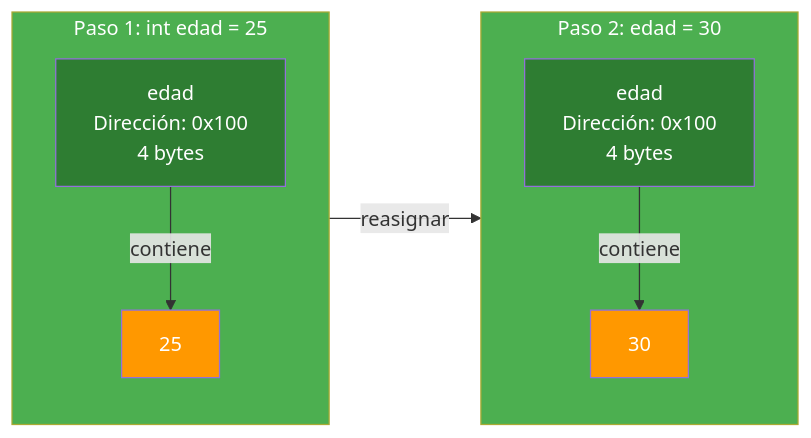
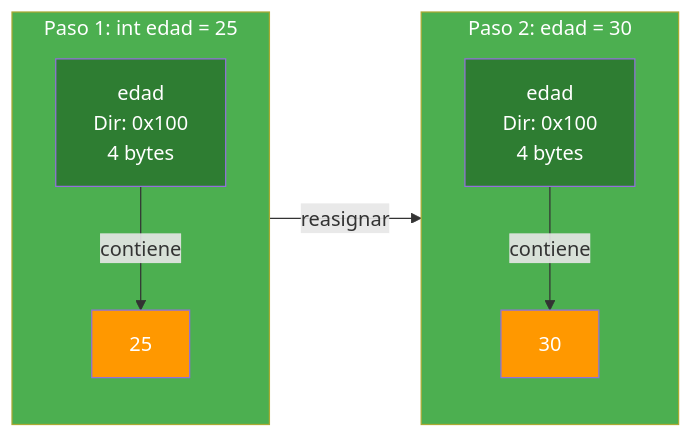
One commit to joseluisgs/Programacion-01-2026-2027 changed the fifth of 7 diagrams in 05-tipos-datos.md. Above: the diagram before and after it, drawn with Mermaid. The commit also changed other lines of this file, not shown here.

Commit message:
feat: añade diagrama conjunto Stack+Heap con ambos ejemplos (edad int + nombre string) y explicación detallada

````diff
--- a/05-tipos-datos.md
+++ b/05-tipos-datos.md
@@ -327,16 +387,16 @@
 ```mermaid
 graph LR
     subgraph STACK_1 ["Paso 1: int edad = 25"]
-        A1["edad<br/>Dirección: 0x100<br/>4 bytes"] -->|"contiene"| V1["25"]
+        A1["edad<br/>Dir: 0x100<br/>4 bytes"] -->|"contiene"| V1["25"]
     end
     subgraph STACK_2 ["Paso 2: edad = 30"]
-        A2["edad<br/>Dirección: 0x100<br/>4 bytes"] -->|"contiene"| V2["30"]
+        A2["edad<br/>Dir: 0x100<br/>4 bytes"] -->|"contiene"| V2["30"]
     end
     STACK_1 -->|"reasignar"| STACK_2
     style STACK_1 fill:#4CAF50,color:#fff
     style STACK_2 fill:#4CAF50,color:#fff
     style A1 fill:#2E7D32,color:#fff
     style A2 fill:#2E7D32,color:#fff
     style V1 fill:#FF9800,color:#fff
     style V2 fill:#FF9800,color:#fff
 ```
````
